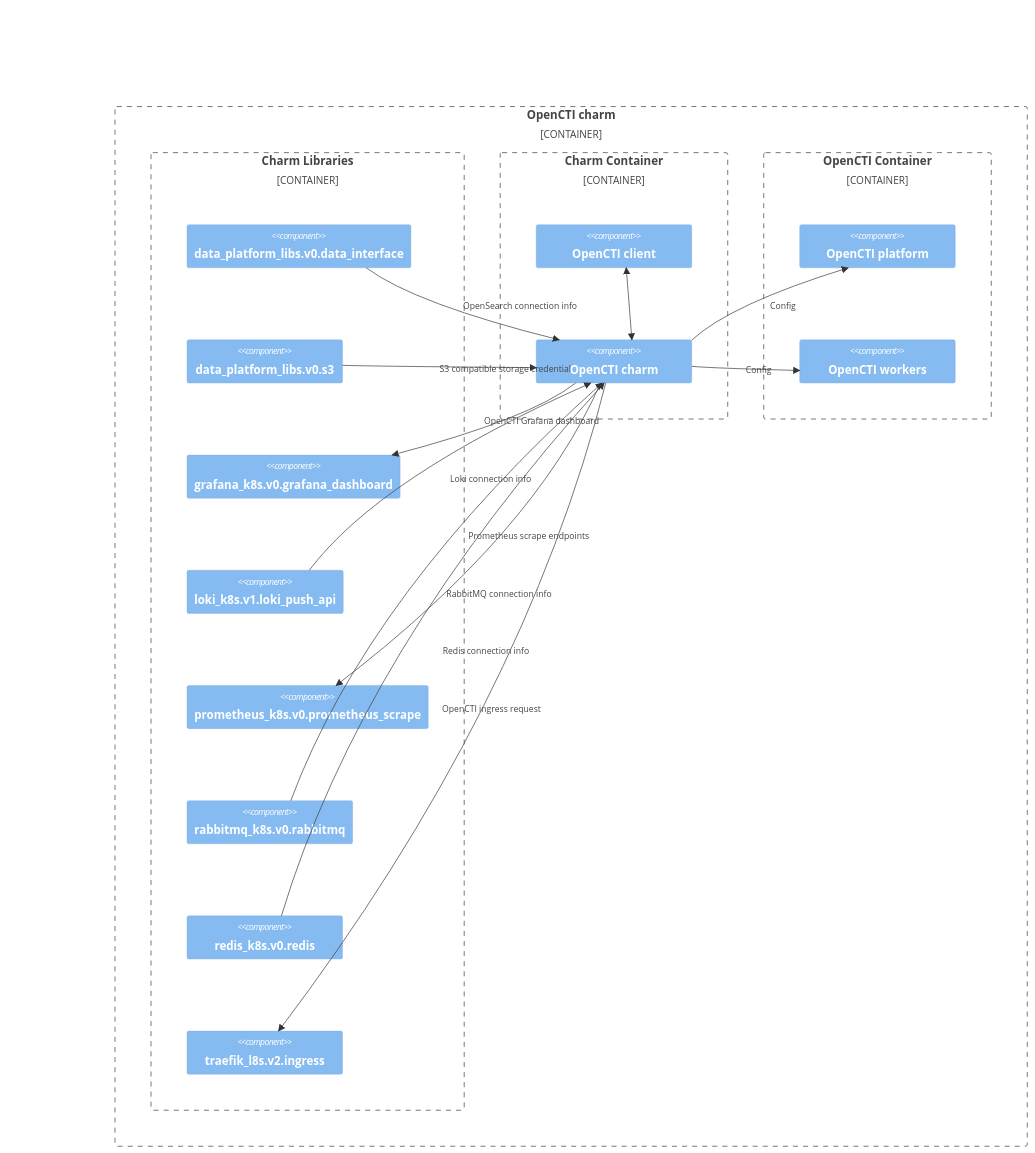
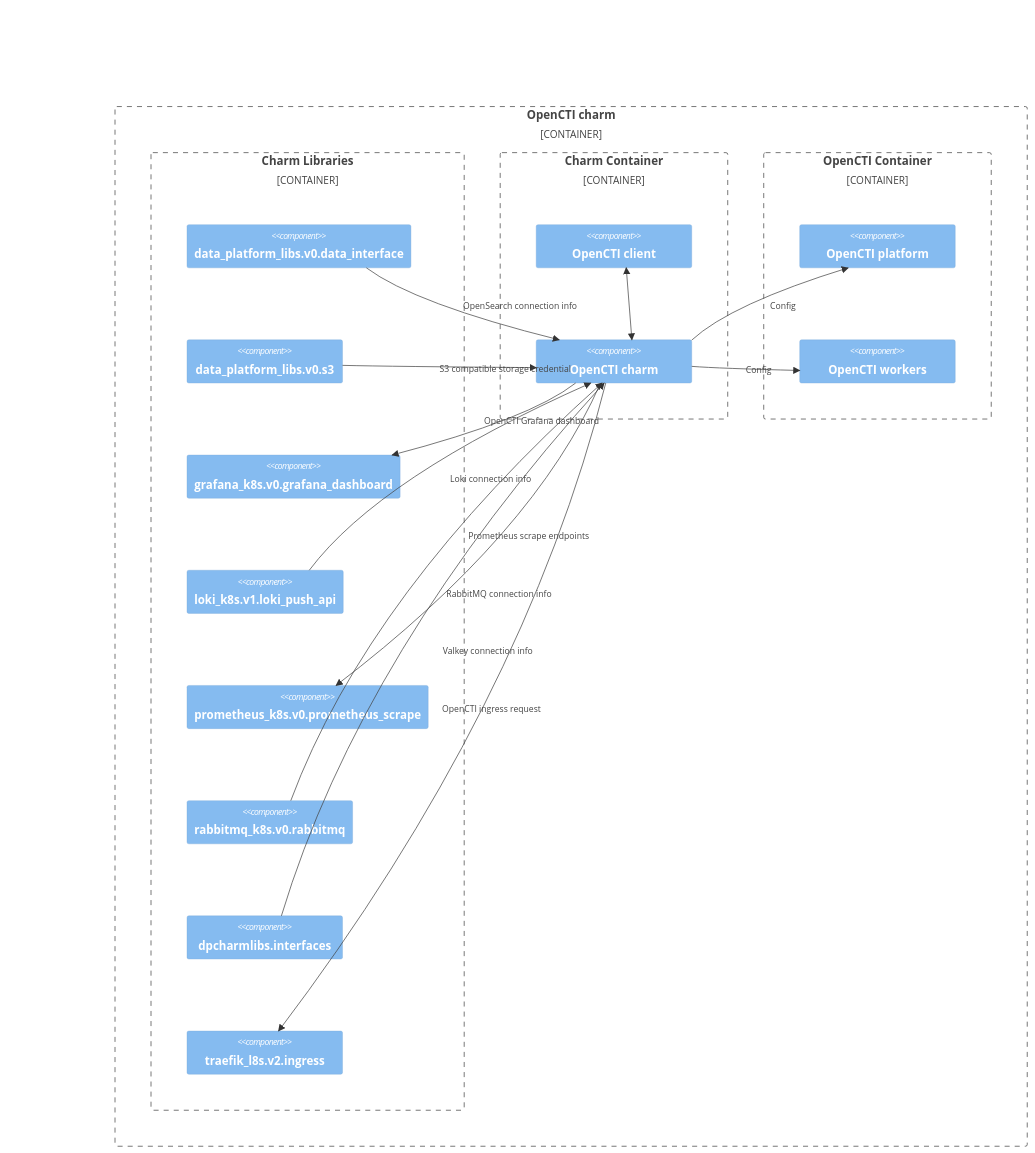
The second of 2 diagrams in docs/reference/charm-architecture.md (canonical/opencti-operator), drawn with Mermaid before and after one commit. The commit also changed other lines of this file and 30 other files, not shown here.

````diff
--- a/docs/reference/charm-architecture.md
+++ b/docs/reference/charm-architecture.md
@@ -77,35 +78,35 @@
 ```mermaid
 C4Component
     Container_Boundary(opencti-charm, "OpenCTI charm") {
         Container_Boundary(charm-lib, "Charm Libraries") {
             Component(opensearch-lib, "data_platform_libs.v0.data_interface")
             Component(s3-lib, "data_platform_libs.v0.s3")
             Component(grafana-lib, "grafana_k8s.v0.grafana_dashboard")
             Component(loki-lib, "loki_k8s.v1.loki_push_api")
             Component(prometheus-lib, "prometheus_k8s.v0.prometheus_scrape")
             Component(rabbitmq-lib, "rabbitmq_k8s.v0.rabbitmq")
-            Component(redis-lib, "redis_k8s.v0.redis")
+            Component(valkey-lib, "dpcharmlibs.interfaces")
             Component(ingress-lib, "traefik_l8s.v2.ingress")
         }
         Container_Boundary(charm-container, "Charm Container") {
             Component(opencti-client, "OpenCTI client")
             Component(opencti, "OpenCTI charm")
             BiRel(opencti, opencti-client, "")
         }
         Container_Boundary(opencti-container, "OpenCTI Container") {
             Component(opencti-platform, "OpenCTI platform")
             Component(opencti-worker, "OpenCTI workers")
         }
         Rel(opensearch-lib, opencti, "OpenSearch connection info")
         Rel(s3-lib, opencti, "S3 compatible storage credential")
         Rel(opencti, grafana-lib, "OpenCTI Grafana dashboard")
         Rel(loki-lib, opencti, "Loki connection info")
         Rel(opencti, prometheus-lib, "Prometheus scrape endpoints")
         Rel(rabbitmq-lib, opencti, "RabbitMQ connection info")
-        Rel(redis-lib, opencti, "Redis connection info")
+        Rel(valkey-lib, opencti, "Valkey connection info")
         Rel(opencti, ingress-lib, "OpenCTI ingress request")
         Rel(opencti, opencti-platform, "Config")
         Rel(opencti, opencti-worker, "Config")
         UpdateLayoutConfig($c4ShapeInRow="1", $c4BoundaryInRow="4")
     }
 ```
````
